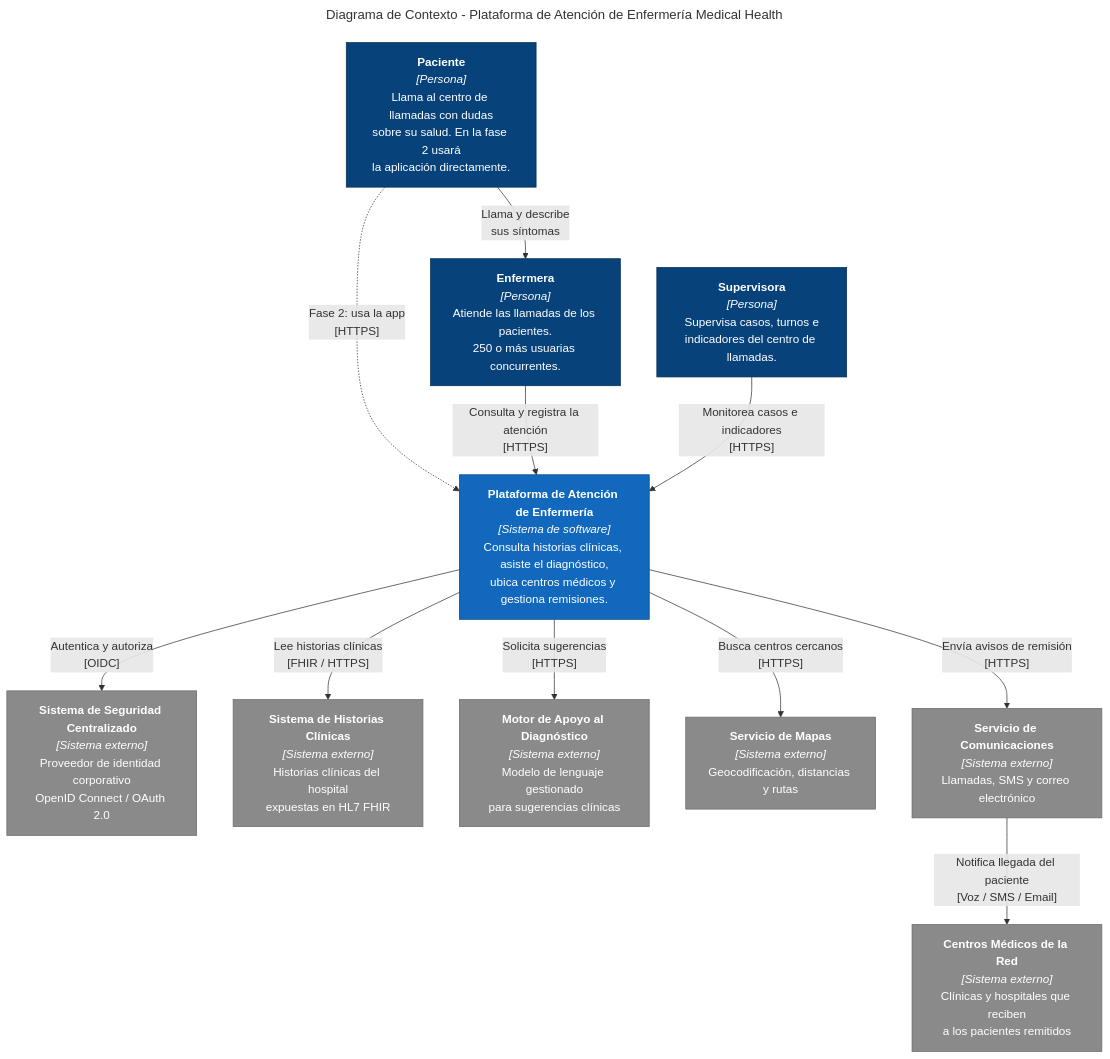
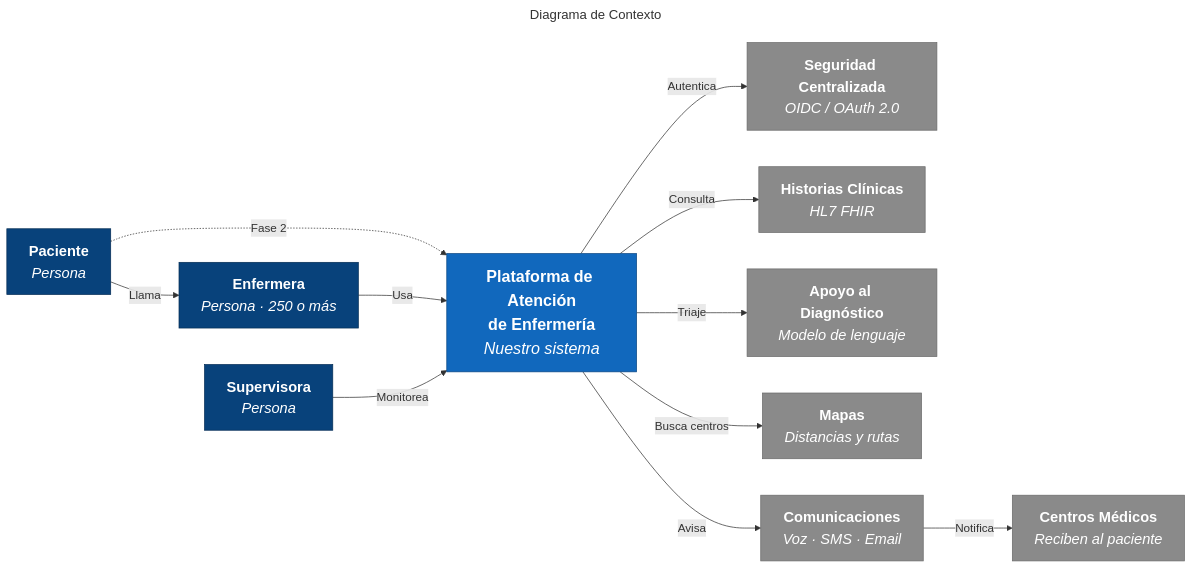
Before and after one commit to Jordy-Lv/medical-health-cloud-architecture: the diagram in diagramas/01-contexto.mmd, drawn with Mermaid. The commit also changed 19 other files, not shown here.

Commit message:
Simplifica los diagramas para que se lean mejor en pantalla

```diff
--- a/diagramas/01-contexto.mmd
+++ b/diagramas/01-contexto.mmd
@@ -1,34 +1,36 @@
 ---
-title: Diagrama de Contexto - Plataforma de Atención de Enfermería Medical Health
+title: Diagrama de Contexto
 ---
-flowchart TB
-  paciente["<b>Paciente</b><br/><i>[Persona]</i><br/>Llama al centro de llamadas con dudas<br/>sobre su salud. En la fase 2 usará<br/>la aplicación directamente."]
-  enfermera["<b>Enfermera</b><br/><i>[Persona]</i><br/>Atiende las llamadas de los pacientes.<br/>250 o más usuarias concurrentes."]
-  supervisora["<b>Supervisora</b><br/><i>[Persona]</i><br/>Supervisa casos, turnos e<br/>indicadores del centro de llamadas."]
+flowchart LR
+  paciente["<b>Paciente</b><br/><i>Persona</i>"]
+  enfermera["<b>Enfermera</b><br/><i>Persona · 250 o más</i>"]
+  supervisora["<b>Supervisora</b><br/><i>Persona</i>"]
 
-  plataforma["<b>Plataforma de Atención de Enfermería</b><br/><i>[Sistema de software]</i><br/>Consulta historias clínicas, asiste el diagnóstico,<br/>ubica centros médicos y gestiona remisiones."]
+  plataforma["<b>Plataforma de Atención<br/>de Enfermería</b><br/><i>Nuestro sistema</i>"]
 
-  idp["<b>Sistema de Seguridad Centralizado</b><br/><i>[Sistema externo]</i><br/>Proveedor de identidad corporativo<br/>OpenID Connect / OAuth 2.0"]
-  hce["<b>Sistema de Historias Clínicas</b><br/><i>[Sistema externo]</i><br/>Historias clínicas del hospital<br/>expuestas en HL7 FHIR"]
-  motor["<b>Motor de Apoyo al Diagnóstico</b><br/><i>[Sistema externo]</i><br/>Modelo de lenguaje gestionado<br/>para sugerencias clínicas"]
-  mapas["<b>Servicio de Mapas</b><br/><i>[Sistema externo]</i><br/>Geocodificación, distancias y rutas"]
-  comunicaciones["<b>Servicio de Comunicaciones</b><br/><i>[Sistema externo]</i><br/>Llamadas, SMS y correo electrónico"]
-  centros["<b>Centros Médicos de la Red</b><br/><i>[Sistema externo]</i><br/>Clínicas y hospitales que reciben<br/>a los pacientes remitidos"]
+  idp["<b>Seguridad Centralizada</b><br/><i>OIDC / OAuth 2.0</i>"]
+  hce["<b>Historias Clínicas</b><br/><i>HL7 FHIR</i>"]
+  motor["<b>Apoyo al Diagnóstico</b><br/><i>Modelo de lenguaje</i>"]
+  mapas["<b>Mapas</b><br/><i>Distancias y rutas</i>"]
+  com["<b>Comunicaciones</b><br/><i>Voz · SMS · Email</i>"]
+  centros["<b>Centros Médicos</b><br/><i>Reciben al paciente</i>"]
 
-  paciente -- "Llama y describe<br/>sus síntomas" --> enfermera
-  paciente -. "Fase 2: usa la app<br/>[HTTPS]" .-> plataforma
-  enfermera -- "Consulta y registra la atención<br/>[HTTPS]" --> plataforma
-  supervisora -- "Monitorea casos e indicadores<br/>[HTTPS]" --> plataforma
-  plataforma -- "Autentica y autoriza<br/>[OIDC]" --> idp
-  plataforma -- "Lee historias clínicas<br/>[FHIR / HTTPS]" --> hce
-  plataforma -- "Solicita sugerencias<br/>[HTTPS]" --> motor
-  plataforma -- "Busca centros cercanos<br/>[HTTPS]" --> mapas
-  plataforma -- "Envía avisos de remisión<br/>[HTTPS]" --> comunicaciones
-  comunicaciones -- "Notifica llegada del paciente<br/>[Voz / SMS / Email]" --> centros
+  paciente -- "Llama" --> enfermera
+  paciente -. "Fase 2" .-> plataforma
+  enfermera -- "Usa" --> plataforma
+  supervisora -- "Monitorea" --> plataforma
+  plataforma -- "Autentica" --> idp
+  plataforma -- "Consulta" --> hce
+  plataforma -- "Triaje" --> motor
+  plataforma -- "Busca centros" --> mapas
+  plataforma -- "Avisa" --> com
+  com -- "Notifica" --> centros
 
-  classDef persona fill:#08427b,stroke:#052e56,color:#ffffff
-  classDef sistema fill:#1168bd,stroke:#0b4884,color:#ffffff
-  classDef externo fill:#8a8a8a,stroke:#6b6b6b,color:#ffffff
+  classDef persona fill:#08427b,stroke:#052e56,color:#ffffff,font-size:20px
+  classDef sistema fill:#1168bd,stroke:#0b4884,color:#ffffff,font-size:22px
+  classDef contenedor fill:#438dd5,stroke:#2e6295,color:#ffffff,font-size:20px
+  classDef componente fill:#85bbf0,stroke:#5d82a8,color:#000000,font-size:20px
+  classDef externo fill:#8a8a8a,stroke:#6b6b6b,color:#ffffff,font-size:20px
   class paciente,enfermera,supervisora persona
   class plataforma sistema
-  class idp,hce,motor,mapas,comunicaciones,centros externo
+  class idp,hce,motor,mapas,com,centros externo
```
